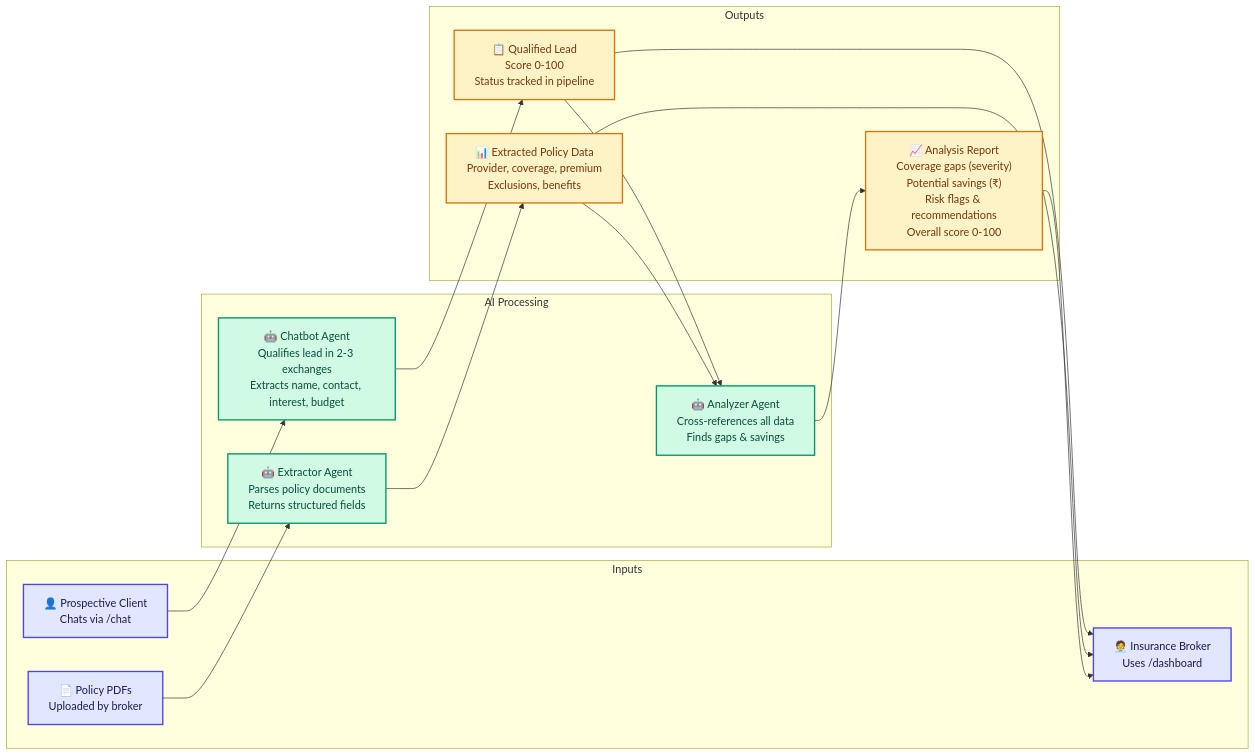
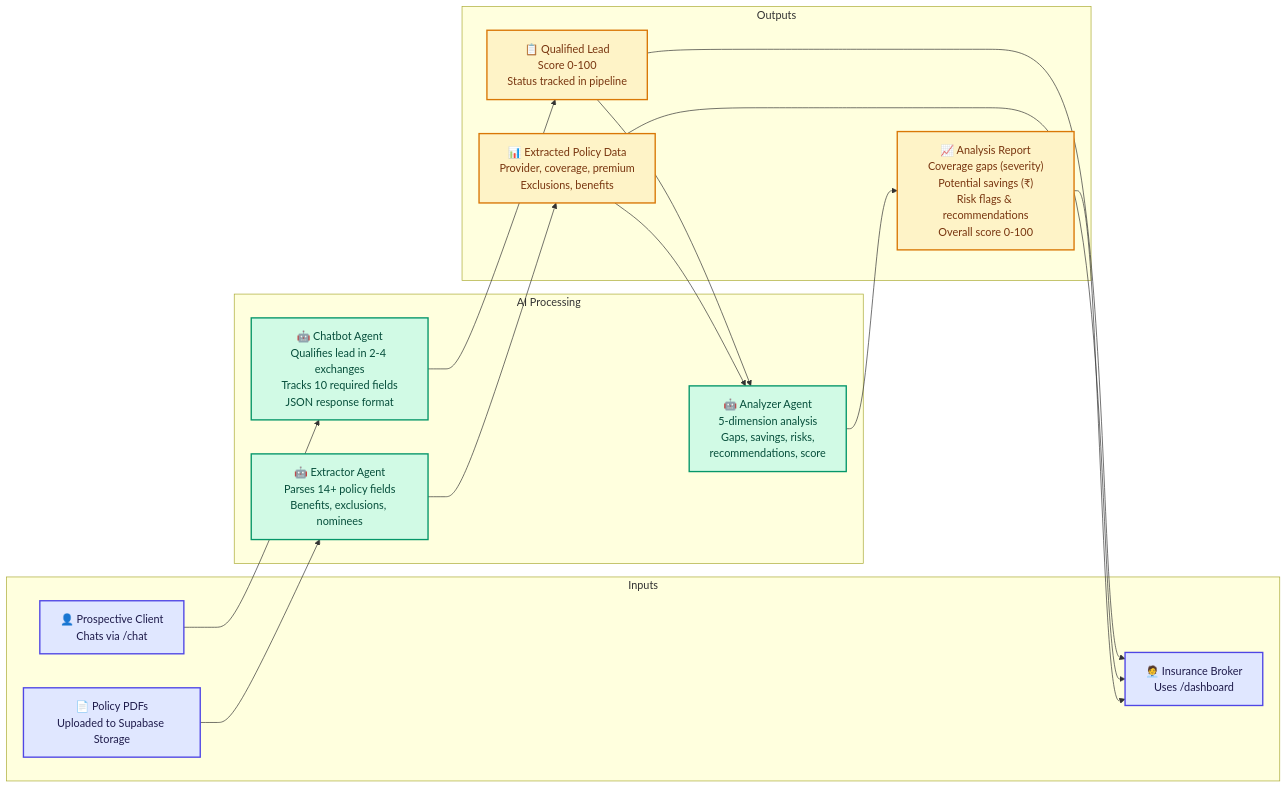
One commit to Aarav238/secureLife-ai changed the second of 2 diagrams in diagrams/system-architecture.md. Above: the diagram before and after it, drawn with Mermaid. The commit also changed other lines of this file, not shown here.

Commit message:
feat: expand system architecture documentation to include login/signup flow and detailed authentication components

````diff
--- a/diagrams/system-architecture.md
+++ b/diagrams/system-architecture.md
@@ -95,36 +106,36 @@
 ```mermaid
 flowchart LR
     subgraph Inputs["Inputs"]
         User["👤 Prospective Client<br/>Chats via /chat"]
         Broker["🧑‍💼 Insurance Broker<br/>Uses /dashboard"]
-        PDF["📄 Policy PDFs<br/>Uploaded by broker"]
+        PDF["📄 Policy PDFs<br/>Uploaded to Supabase Storage"]
     end
 
     subgraph Processing["AI Processing"]
-        Qualify["🤖 Chatbot Agent<br/>Qualifies lead in 2-3 exchanges<br/>Extracts name, contact, interest, budget"]
-        Extract["🤖 Extractor Agent<br/>Parses policy documents<br/>Returns structured fields"]
-        Analyze["🤖 Analyzer Agent<br/>Cross-references all data<br/>Finds gaps & savings"]
+        Qualify["🤖 Chatbot Agent<br/>Qualifies lead in 2-4 exchanges<br/>Tracks 10 required fields<br/>JSON response format"]
+        Extract["🤖 Extractor Agent<br/>Parses 14+ policy fields<br/>Benefits, exclusions, nominees"]
+        Analyze["🤖 Analyzer Agent<br/>5-dimension analysis<br/>Gaps, savings, risks,<br/>recommendations, score"]
     end
 
     subgraph Outputs["Outputs"]
         Lead["📋 Qualified Lead<br/>Score 0-100<br/>Status tracked in pipeline"]
         PolicyData["📊 Extracted Policy Data<br/>Provider, coverage, premium<br/>Exclusions, benefits"]
         Report["📈 Analysis Report<br/>Coverage gaps (severity)<br/>Potential savings (₹)<br/>Risk flags & recommendations<br/>Overall score 0-100"]
     end
 
     User --> Qualify
     Qualify --> Lead
     PDF --> Extract
     Extract --> PolicyData
     Lead & PolicyData --> Analyze
     Analyze --> Report
     Lead & PolicyData & Report --> Broker
 
     classDef input fill:#e0e7ff,stroke:#4f46e5,stroke-width:2px,color:#1e1b4b
     classDef process fill:#d1fae5,stroke:#059669,stroke-width:2px,color:#064e3b
     classDef output fill:#fef3c7,stroke:#d97706,stroke-width:2px,color:#78350f
 
     class User,Broker,PDF input
     class Qualify,Extract,Analyze process
     class Lead,PolicyData,Report output
 ```
````
